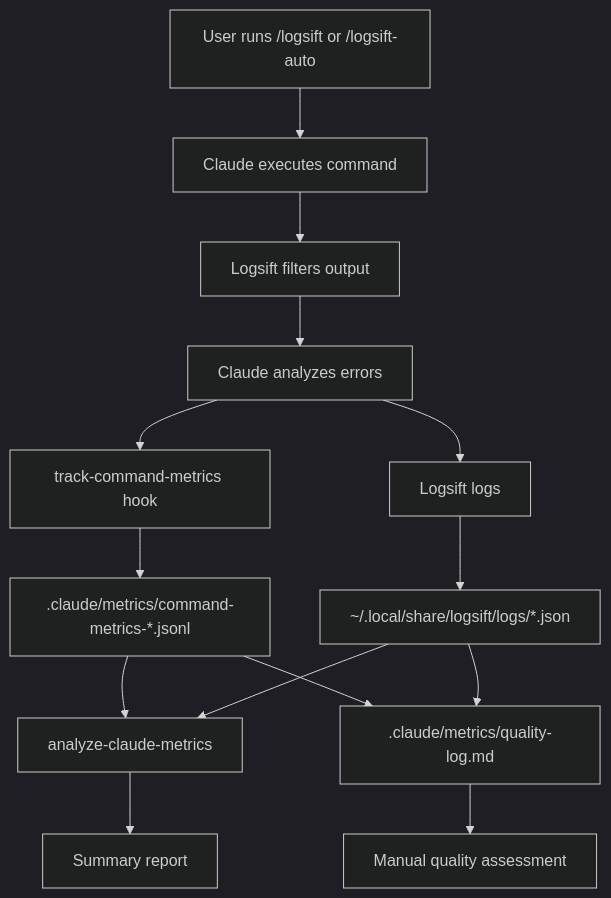
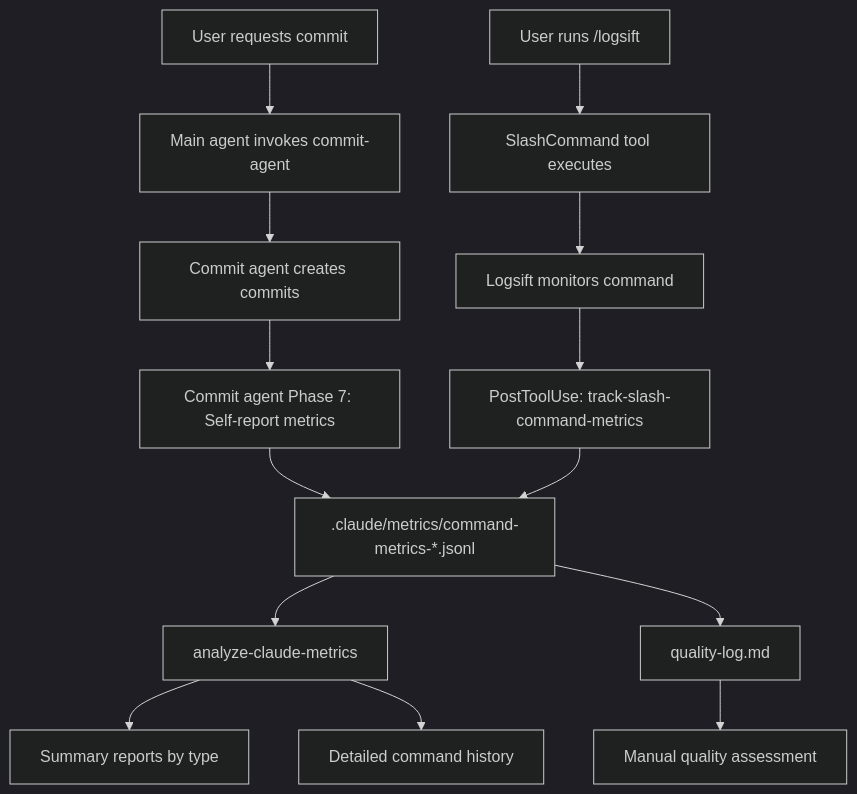
The diagram in docs/architecture/metrics-tracking.md (datapointchris/dotfiles), drawn with Mermaid (dark theme) before and after one commit. The commit also changed other lines of this file and 1 other file, not shown here.

First line of the commit message:
docs(metrics): document unified metrics system with all workflow types

````diff
--- a/docs/architecture/metrics-tracking.md
+++ b/docs/architecture/metrics-tracking.md
@@ -21,16 +21,19 @@
 ```mermaid
 graph TD
-    A[User runs /logsift or /logsift-auto] --> B[Claude executes command]
-    B --> C[Logsift filters output]
-    C --> D[Claude analyzes errors]
-    D --> E[track-command-metrics hook]
-    E --> F[.claude/metrics/command-metrics-*.jsonl]
-    D --> G[Logsift logs]
-    G --> H[~/.local/share/logsift/logs/*.json]
-    F --> I[analyze-claude-metrics]
-    H --> I
-    I --> J[Summary report]
-    F --> K[.claude/metrics/quality-log.md]
-    H --> K
-    K --> L[Manual quality assessment]
+    A[User requests commit] --> B[Main agent invokes commit-agent]
+    B --> C[Commit agent creates commits]
+    C --> D[Commit agent Phase 7: Self-report metrics]
+    D --> E[.claude/metrics/command-metrics-*.jsonl]
+
+    F[User runs /logsift] --> G[SlashCommand tool executes]
+    G --> H[Logsift monitors command]
+    H --> I[PostToolUse: track-slash-command-metrics]
+    I --> E
+
+    E --> J[analyze-claude-metrics]
+    J --> K[Summary reports by type]
+    J --> L[Detailed command history]
+
+    E --> M[quality-log.md]
+    M --> N[Manual quality assessment]
 ```
````
